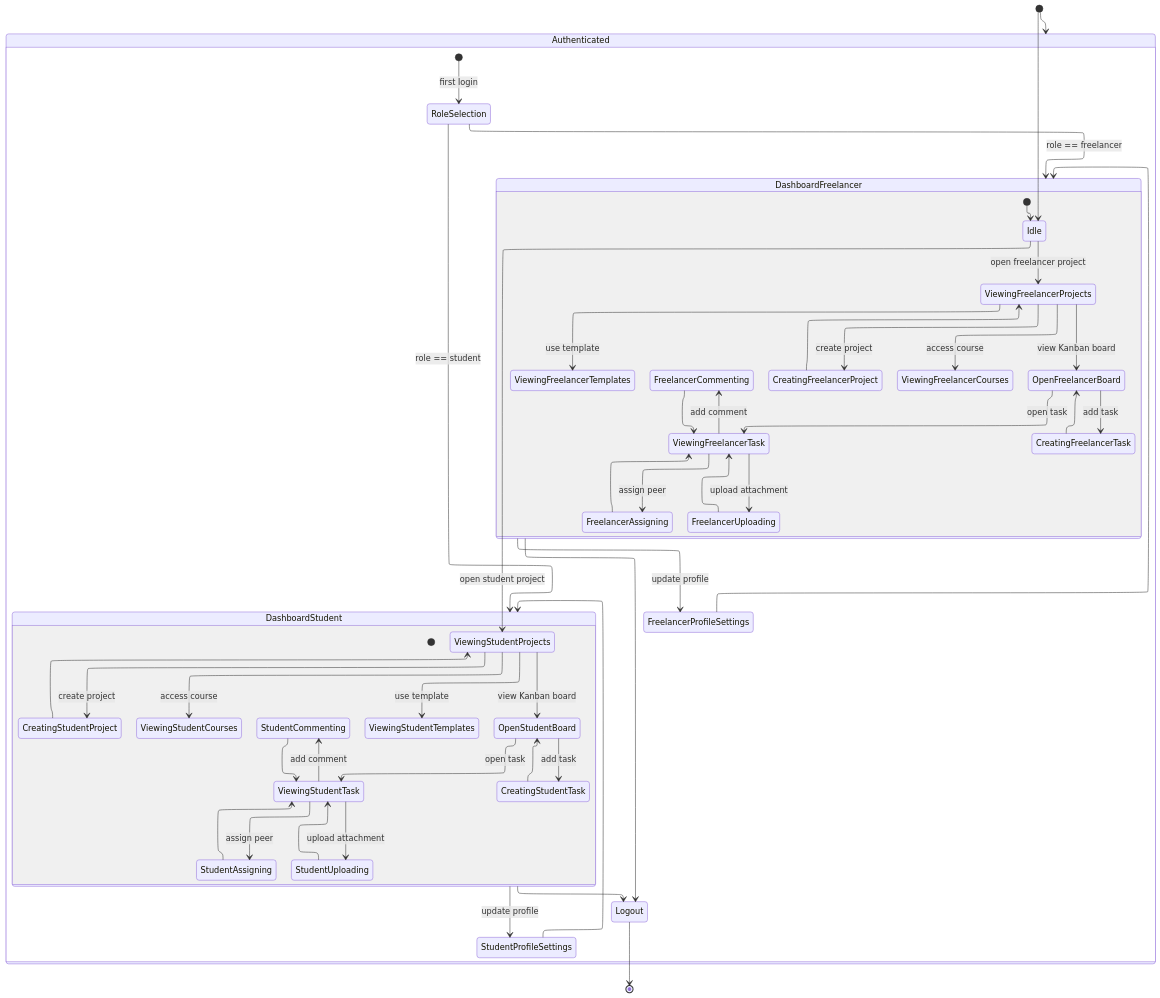
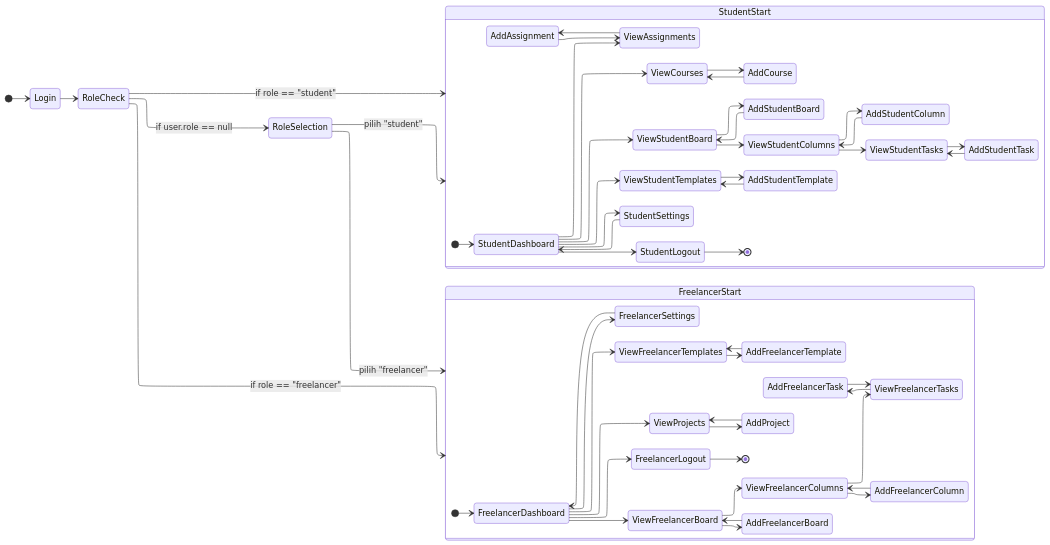
Before and after one commit to aarlazuardi/fix-sisfor-desain-sistem: the diagram in state-diagram.md, drawn with Mermaid.

Commit message:
update state and sequence

````diff
--- a/state-diagram.md
+++ b/state-diagram.md
@@ -4,73 +4,92 @@
 ---
 config:
   layout: elk
-  look: classic
   theme: default
 ---
 stateDiagram
-  direction TB
-  state Authenticated {
-    direction TB
-    [*] --> RoleSelection:first login
-    RoleSelection --> DashboardStudent:role == student
-    RoleSelection --> DashboardFreelancer:role == freelancer
-    DashboardStudent --> StudentProfileSettings:update profile
-    StudentProfileSettings --> DashboardStudent
-    DashboardFreelancer --> FreelancerProfileSettings:update profile
-    FreelancerProfileSettings --> DashboardFreelancer
-    DashboardStudent --> Logout
-    DashboardFreelancer --> Logout
-    state DashboardStudent {
-      direction TB
-      ViewingStudentProjects --> CreatingStudentProject:create project
-      CreatingStudentProject --> ViewingStudentProjects
-      ViewingStudentProjects --> OpenStudentBoard:view Kanban board
-      OpenStudentBoard --> CreatingStudentTask:add task
-      CreatingStudentTask --> OpenStudentBoard
-      OpenStudentBoard --> ViewingStudentTask:open task
-      ViewingStudentTask --> StudentCommenting:add comment
-      ViewingStudentTask --> StudentUploading:upload attachment
-      ViewingStudentTask --> StudentAssigning:assign peer
-      StudentCommenting --> ViewingStudentTask
-      StudentUploading --> ViewingStudentTask
-      StudentAssigning --> ViewingStudentTask
-      ViewingStudentProjects --> ViewingStudentCourses:access course
-      ViewingStudentProjects --> ViewingStudentTemplates:use template
-      [*]
-    }
-    state DashboardFreelancer {
-      direction TB
-      [*] --> Idle
-      Idle --> ViewingFreelancerProjects:open freelancer project
-      ViewingFreelancerProjects --> CreatingFreelancerProject:create project
-      CreatingFreelancerProject --> ViewingFreelancerProjects
-      ViewingFreelancerProjects --> OpenFreelancerBoard:view Kanban board
-      OpenFreelancerBoard --> CreatingFreelancerTask:add task
-      CreatingFreelancerTask --> OpenFreelancerBoard
-      OpenFreelancerBoard --> ViewingFreelancerTask:open task
-      ViewingFreelancerTask --> FreelancerCommenting:add comment
-      ViewingFreelancerTask --> FreelancerUploading:upload attachment
-      ViewingFreelancerTask --> FreelancerAssigning:assign peer
-      FreelancerCommenting --> ViewingFreelancerTask
-      FreelancerUploading --> ViewingFreelancerTask
-      FreelancerAssigning --> ViewingFreelancerTask
-      ViewingFreelancerProjects --> ViewingFreelancerCourses:access course
-      ViewingFreelancerProjects --> ViewingFreelancerTemplates:use template
-      Idle
-[*]      ViewingFreelancerProjects
-      CreatingFreelancerProject
-      OpenFreelancerBoard
-      CreatingFreelancerTask
-      ViewingFreelancerTask
-      FreelancerCommenting
-      FreelancerUploading
-      FreelancerAssigning
-      ViewingFreelancerCourses
-      ViewingFreelancerTemplates
-    }
-  }
-  [*] --> Authenticated
-  [*] --> Idle
-  Idle --> ViewingStudentProjects:open student project
-  Logout --> [*]
+  direction LR
+  state StudentStart {
+    direction LR
+    [*] --> StudentDashboard
+    StudentDashboard --> ViewCourses
+    ViewCourses --> AddCourse
+    AddCourse --> ViewCourses
+    StudentDashboard --> ViewAssignments
+    ViewAssignments --> AddAssignment
+    AddAssignment --> ViewAssignments
+    StudentDashboard --> ViewStudentBoard
+    ViewStudentBoard --> AddStudentBoard
+    AddStudentBoard --> ViewStudentBoard
+    ViewStudentBoard --> ViewStudentColumns
+    ViewStudentColumns --> AddStudentColumn
+    AddStudentColumn --> ViewStudentColumns
+    ViewStudentColumns --> ViewStudentTasks
+    ViewStudentTasks --> AddStudentTask
+    AddStudentTask --> ViewStudentTasks
+    StudentDashboard --> ViewStudentTemplates
+    ViewStudentTemplates --> AddStudentTemplate
+    AddStudentTemplate --> ViewStudentTemplates
+    StudentDashboard --> StudentSettings
+    StudentSettings --> StudentDashboard
+    StudentDashboard --> StudentLogout
+    StudentLogout --> [*]
+[*]    StudentDashboard
+    ViewCourses
+    AddCourse
+    ViewAssignments
+    AddAssignment
+    ViewStudentBoard
+    AddStudentBoard
+    ViewStudentColumns
+    AddStudentColumn
+    ViewStudentTasks
+    AddStudentTask
+    ViewStudentTemplates
+    AddStudentTemplate
+    StudentSettings
+    StudentLogout
+[*]  }
+  state FreelancerStart {
+    direction LR
+    [*] --> FreelancerDashboard
+    FreelancerDashboard --> ViewProjects
+    ViewProjects --> AddProject
+    AddProject --> ViewProjects
+    FreelancerDashboard --> ViewFreelancerBoard
+    ViewFreelancerBoard --> AddFreelancerBoard
+    AddFreelancerBoard --> ViewFreelancerBoard
+    ViewFreelancerBoard --> ViewFreelancerColumns
+    ViewFreelancerColumns --> AddFreelancerColumn
+    AddFreelancerColumn --> ViewFreelancerColumns
+    ViewFreelancerColumns --> ViewFreelancerTasks
+    ViewFreelancerTasks --> AddFreelancerTask
+    AddFreelancerTask --> ViewFreelancerTasks
+    FreelancerDashboard --> ViewFreelancerTemplates
+    ViewFreelancerTemplates --> AddFreelancerTemplate
+    AddFreelancerTemplate --> ViewFreelancerTemplates
+    FreelancerDashboard --> FreelancerSettings
+    FreelancerSettings --> FreelancerDashboard
+    FreelancerDashboard --> FreelancerLogout
+    FreelancerLogout --> [*]
+[*]    FreelancerDashboard
+    ViewProjects
+    AddProject
+    ViewFreelancerBoard
+    AddFreelancerBoard
+    ViewFreelancerColumns
+    AddFreelancerColumn
+    ViewFreelancerTasks
+    AddFreelancerTask
+    ViewFreelancerTemplates
+    AddFreelancerTemplate
+    FreelancerSettings
+    FreelancerLogout
+[*]  }
+  [*] --> Login
+  Login --> RoleCheck
+  RoleCheck --> RoleSelection:if user.role == null
+  RoleSelection --> StudentStart:pilih "student"
+  RoleSelection --> FreelancerStart:pilih "freelancer"
+  RoleCheck --> StudentStart:if role == "student"
+  RoleCheck --> FreelancerStart:if role == "freelancer"
 ```
````
